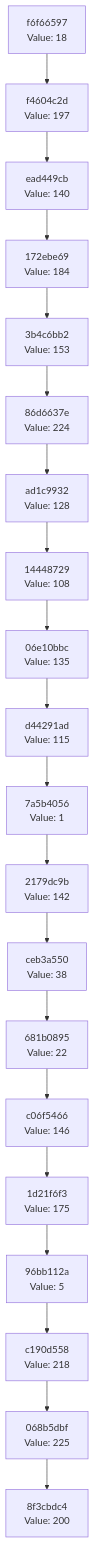
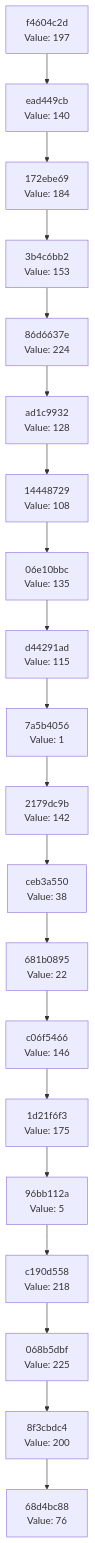
Before and after one commit to Abhisheksinha1506/hash-chain-evolver: the diagram in docs/CHAIN_VISUALIZATION.md, drawn with Mermaid. The commit also changed 3 other files, not shown here.

````diff
--- a/docs/CHAIN_VISUALIZATION.md
+++ b/docs/CHAIN_VISUALIZATION.md
@@ -3,42 +3,42 @@
 ```mermaid
 graph TD
-    C0["8f3cbdc4<br/>Value: 200"]
-    C1["068b5dbf<br/>Value: 225"]
+    C0["68d4bc88<br/>Value: 76"]
+    C1["8f3cbdc4<br/>Value: 200"]
     C1 --> C0
-    C2["c190d558<br/>Value: 218"]
+    C2["068b5dbf<br/>Value: 225"]
     C2 --> C1
-    C3["96bb112a<br/>Value: 5"]
+    C3["c190d558<br/>Value: 218"]
     C3 --> C2
-    C4["1d21f6f3<br/>Value: 175"]
+    C4["96bb112a<br/>Value: 5"]
     C4 --> C3
-    C5["c06f5466<br/>Value: 146"]
+    C5["1d21f6f3<br/>Value: 175"]
     C5 --> C4
-    C6["681b0895<br/>Value: 22"]
+    C6["c06f5466<br/>Value: 146"]
     C6 --> C5
-    C7["ceb3a550<br/>Value: 38"]
+    C7["681b0895<br/>Value: 22"]
     C7 --> C6
-    C8["2179dc9b<br/>Value: 142"]
+    C8["ceb3a550<br/>Value: 38"]
     C8 --> C7
-    C9["7a5b4056<br/>Value: 1"]
+    C9["2179dc9b<br/>Value: 142"]
     C9 --> C8
-    C10["d44291ad<br/>Value: 115"]
+    C10["7a5b4056<br/>Value: 1"]
     C10 --> C9
-    C11["06e10bbc<br/>Value: 135"]
+    C11["d44291ad<br/>Value: 115"]
     C11 --> C10
-    C12["14448729<br/>Value: 108"]
+    C12["06e10bbc<br/>Value: 135"]
     C12 --> C11
-    C13["ad1c9932<br/>Value: 128"]
+    C13["14448729<br/>Value: 108"]
     C13 --> C12
-    C14["86d6637e<br/>Value: 224"]
+    C14["ad1c9932<br/>Value: 128"]
     C14 --> C13
-    C15["3b4c6bb2<br/>Value: 153"]
+    C15["86d6637e<br/>Value: 224"]
     C15 --> C14
-    C16["172ebe69<br/>Value: 184"]
+    C16["3b4c6bb2<br/>Value: 153"]
     C16 --> C15
-    C17["ead449cb<br/>Value: 140"]
+    C17["172ebe69<br/>Value: 184"]
     C17 --> C16
-    C18["f4604c2d<br/>Value: 197"]
+    C18["ead449cb<br/>Value: 140"]
     C18 --> C17
-    C19["f6f66597<br/>Value: 18"]
+    C19["f4604c2d<br/>Value: 197"]
     C19 --> C18
 ```
````
